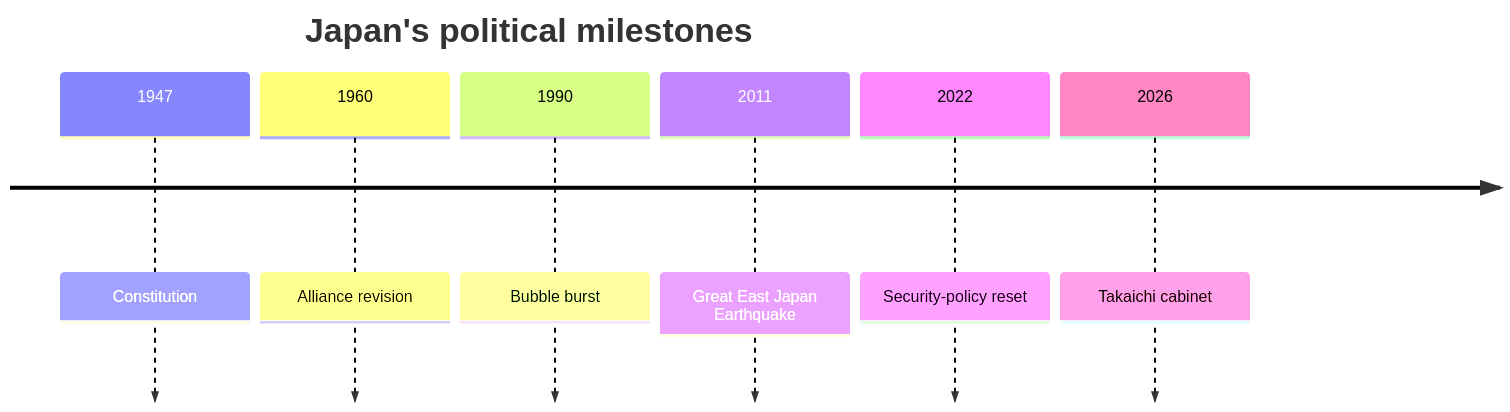
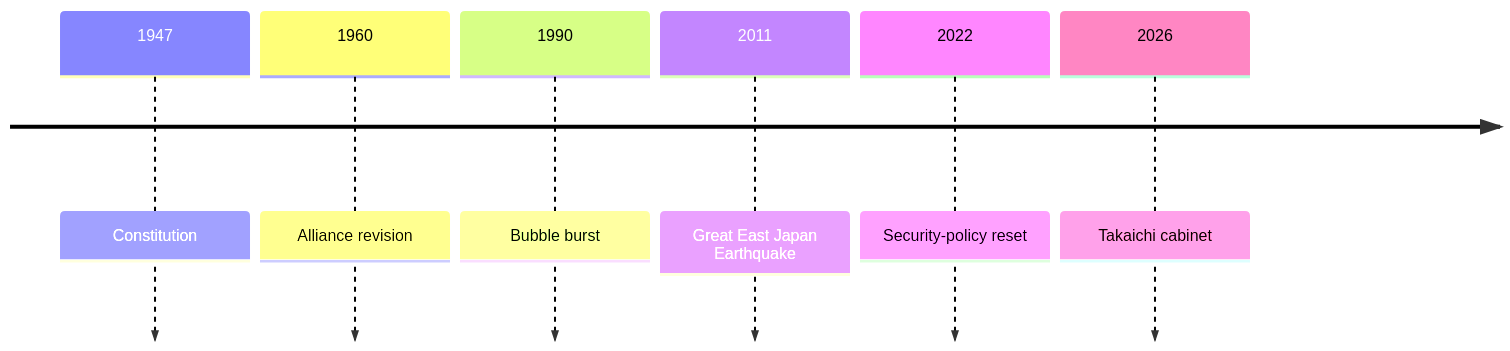
One commit to daylight55/research changed the second of 4 diagrams in articles/report/japan-geopolitical-profile/en/index.mdx. Above: the diagram before and after it, drawn with Mermaid. The commit also changed other lines of this file and 181 other files, not shown here.

First line of the commit message:
全記事の図解368点を再生成し、共通注意書きを削除 (#402)

````diff
--- a/articles/report/japan-geopolitical-profile/en/index.mdx
+++ b/articles/report/japan-geopolitical-profile/en/index.mdx
@@ -44,10 +52,13 @@
 ```mermaid
 timeline
-  title Japan's political milestones
+  accTitle: Milestones in Japanese institutions, economy and security
+  accDescr: The chronology covers the constitution, alliance, bubble collapse, earthquake, security policy and government changes.
+  accTitle: Milestones in Japanese institutions, economy and security
+  accDescr: The chronology covers the constitution, alliance, bubble collapse, earthquake, security policy and government changes.
   1947 : Constitution
   1960 : Alliance revision
   1990 : Bubble burst
   2011 : Great East Japan Earthquake
   2022 : Security-policy reset
   2026 : Takaichi cabinet
 ```
````
